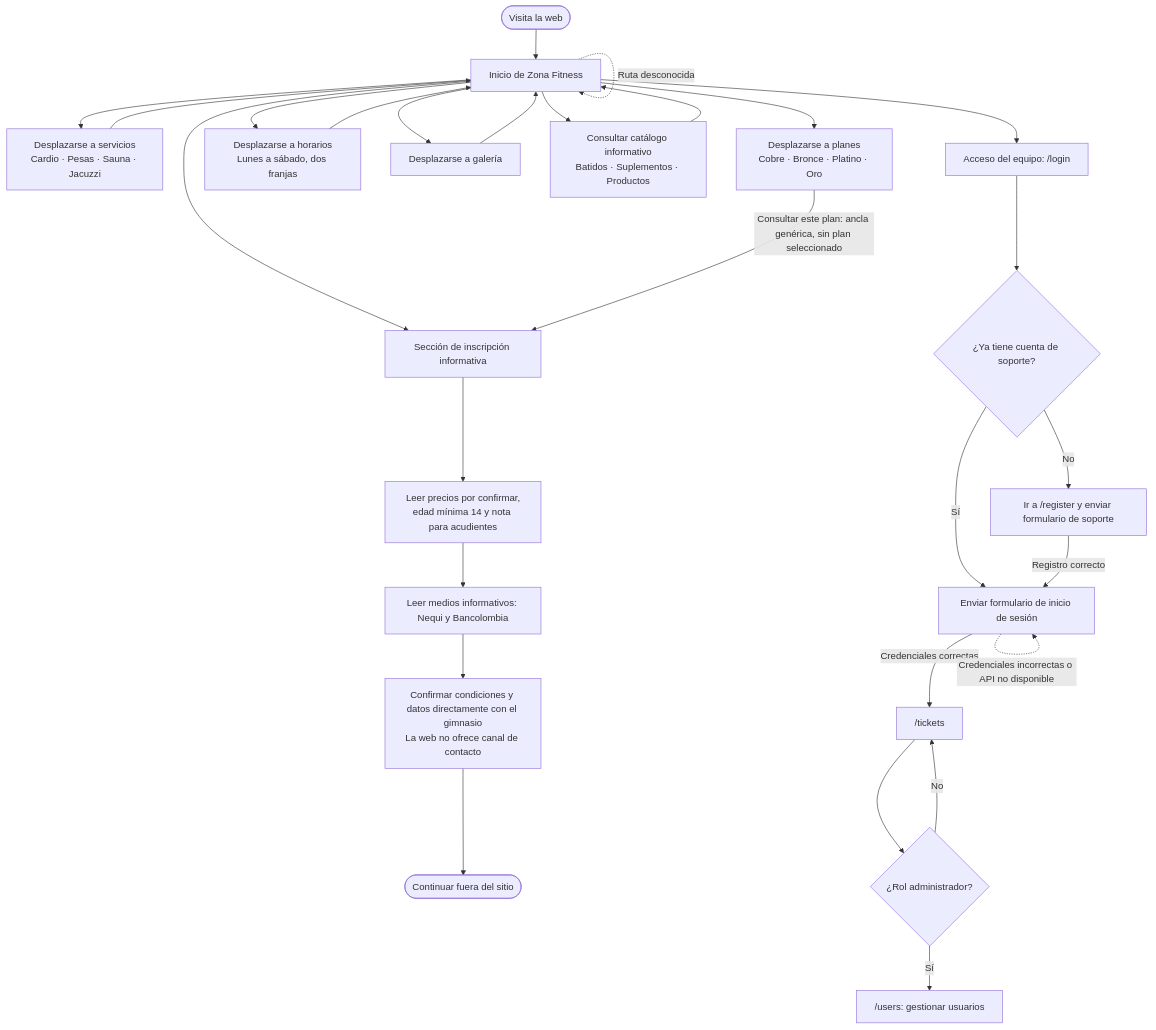
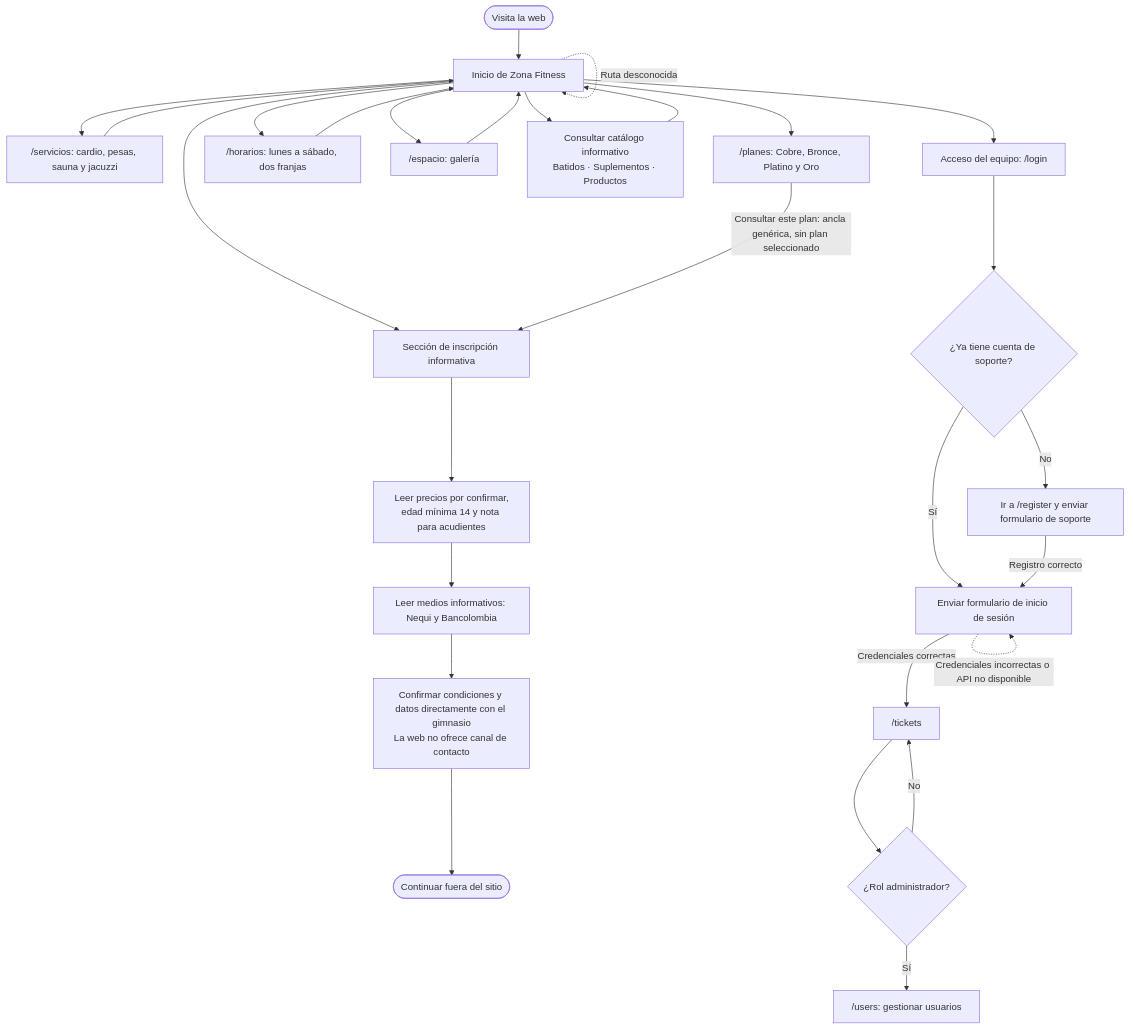
Before and after one commit to yhojan2025/zona-fitness: the diagram in docs/diagrama-flujo.md, drawn with Mermaid. The commit also changed 11 other files, not shown here.

````diff
--- a/docs/diagrama-flujo.md
+++ b/docs/diagrama-flujo.md
@@ -5,35 +5,35 @@
 ```mermaid
 flowchart TD
     A([Visita la web]) --> H[Inicio de Zona Fitness]
 
-    H --> S[Desplazarse a servicios<br/>Cardio · Pesas · Sauna · Jacuzzi]
-    H --> P[Desplazarse a planes<br/>Cobre · Bronce · Platino · Oro]
-    H --> O[Desplazarse a horarios<br/>Lunes a sábado, dos franjas]
-    H --> G[Desplazarse a galería]
+    H --> S["/servicios: cardio, pesas, sauna y jacuzzi"]
+    H --> P["/planes: Cobre, Bronce, Platino y Oro"]
+    H --> O["/horarios: lunes a sábado, dos franjas"]
+    H --> G["/espacio: galería"]
     H --> R[Consultar catálogo informativo<br/>Batidos · Suplementos · Productos]
     H --> J[Sección de inscripción informativa]
 
     S --> H
     O --> H
     G --> H
     R --> H
     P -->|Consultar este plan: ancla genérica, sin plan seleccionado| J
 
     J --> I[Leer precios por confirmar,<br/>edad mínima 14 y nota para acudientes]
     I --> M[Leer medios informativos: Nequi y Bancolombia]
     M --> X[Confirmar condiciones y datos directamente con el gimnasio<br/>La web no ofrece canal de contacto]
     X --> Z([Continuar fuera del sitio])
 
     H --> E[Acceso del equipo: /login]
     E --> L{¿Ya tiene cuenta de soporte?}
     L -->|Sí| LO[Enviar formulario de inicio de sesión]
     L -->|No| RE[Ir a /register y enviar formulario de soporte]
     RE -->|Registro correcto| LO
     LO -->|Credenciales correctas| T["/tickets"]
     LO -. Credenciales incorrectas o API no disponible .-> LO
     T --> D{¿Rol administrador?}
     D -->|Sí| U["/users: gestionar usuarios"]
     D -->|No| T
 
     H -. Ruta desconocida .-> H
 ```
````
